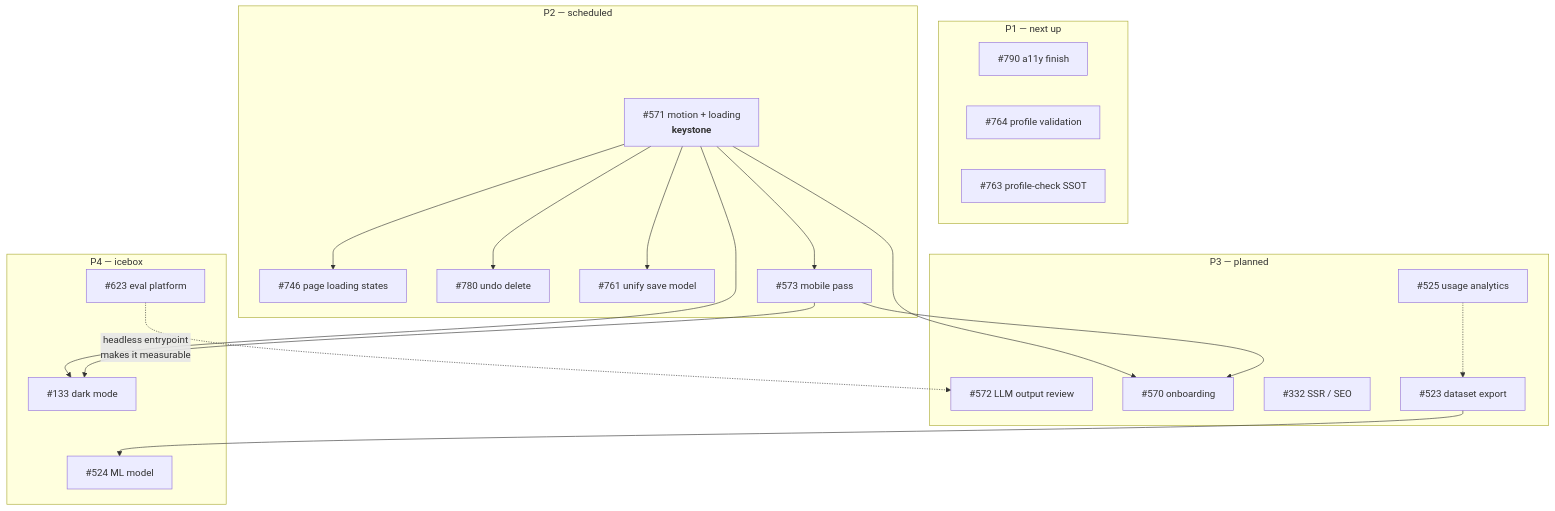
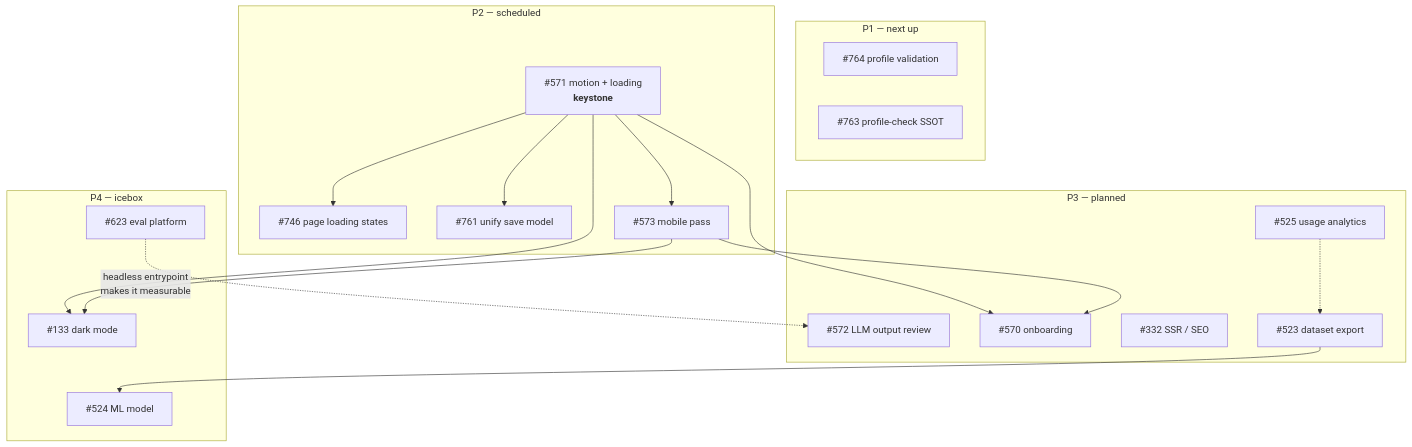
One commit to Smart-Apply/applo changed the diagram in docs/plans/ISSUE_BACKLOG.md. Above: the diagram before and after it, drawn with Mermaid. The commit also changed other lines of this file, not shown here.

````diff
--- a/docs/plans/ISSUE_BACKLOG.md
+++ b/docs/plans/ISSUE_BACKLOG.md
@@ -355,42 +356,39 @@
 ```mermaid
 graph TD
   subgraph P1["P1 — next up"]
-    I790["#790 a11y finish"]
     I764["#764 profile validation"]
     I763["#763 profile-check SSOT"]
   end
 
   subgraph P2["P2 — scheduled"]
     I571["#571 motion + loading<br/><b>keystone</b>"]
     I746["#746 page loading states"]
-    I780["#780 undo delete"]
     I761["#761 unify save model"]
     I573["#573 mobile pass"]
   end
 
   subgraph P3["P3 — planned"]
     I572["#572 LLM output review"]
     I570["#570 onboarding"]
     I332["#332 SSR / SEO"]
     I525["#525 usage analytics"]
     I523["#523 dataset export"]
   end
 
   subgraph P4["P4 — icebox"]
     I623["#623 eval platform"]
     I133["#133 dark mode"]
     I524["#524 ML model"]
   end
 
   I571 --> I746
-  I571 --> I780
   I571 --> I761
   I571 --> I573
   I571 --> I570
   I573 --> I570
   I571 --> I133
   I573 --> I133
   I623 -.->|"headless entrypoint<br/>makes it measurable"| I572
   I523 --> I524
   I525 -.-> I523
 ```
````
